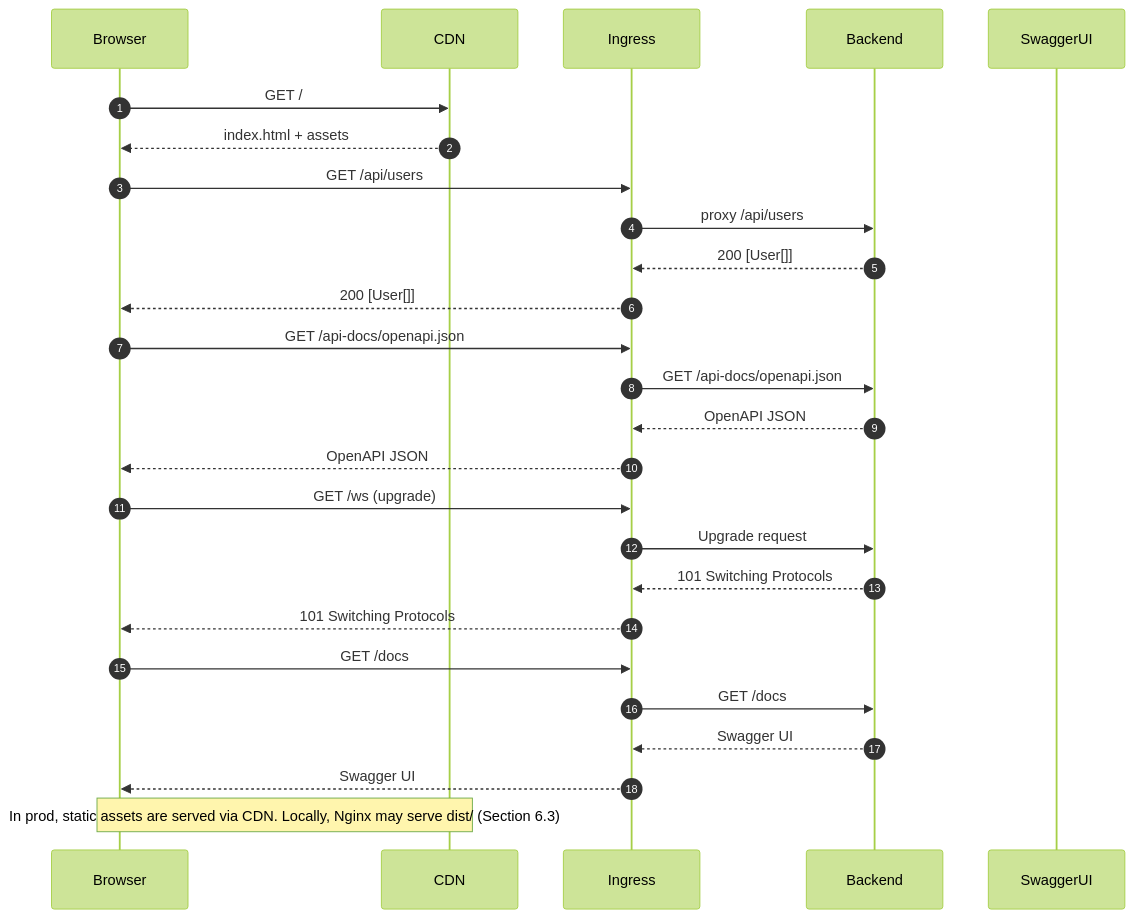
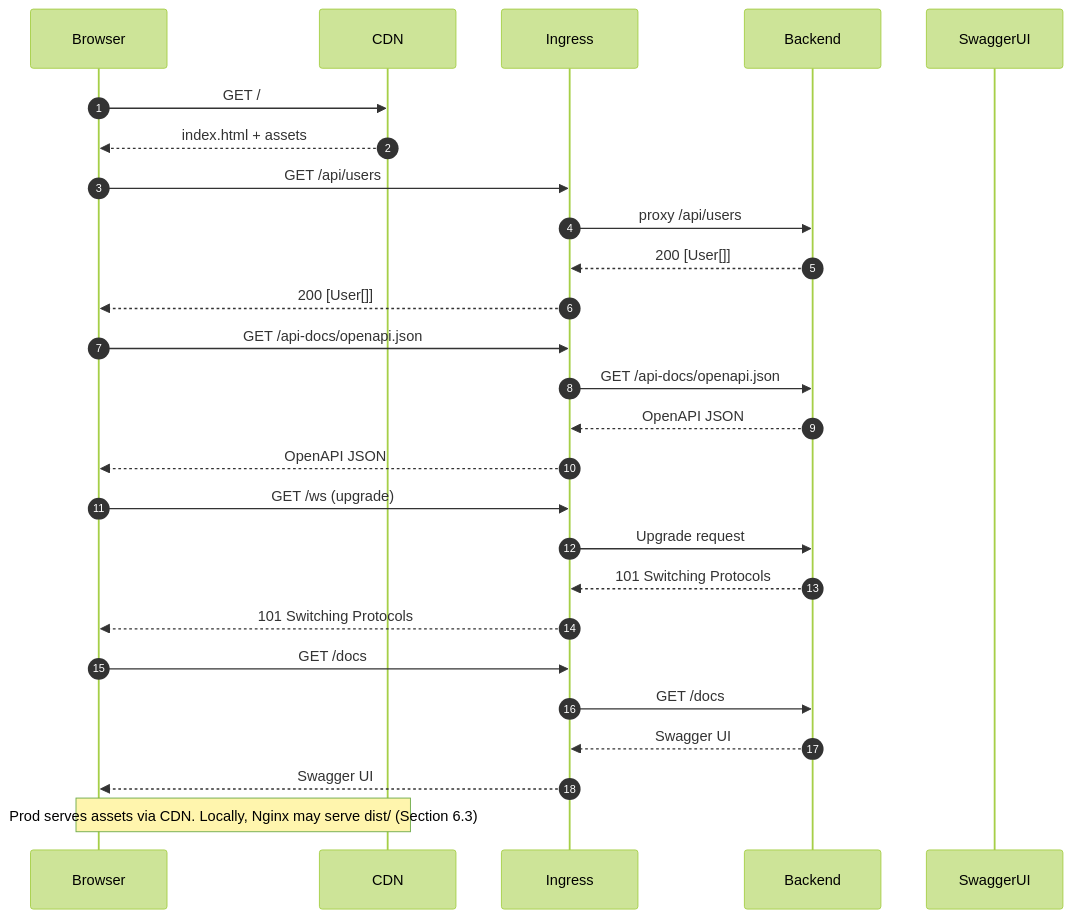
Before and after one commit to leynos/wildside: the first of 3 diagrams in docs/repository-structure.md, drawn with Mermaid (forest theme). The commit also changed other lines of this file and 2 other files, not shown here.

````diff
--- a/docs/repository-structure.md
+++ b/docs/repository-structure.md
@@ -18,34 +18,34 @@
 ```mermaid
 sequenceDiagram
   autonumber
   participant Browser
   participant CDN
   participant Ingress
   participant Backend
   participant SwaggerUI
 
   Browser->>CDN: GET /
   CDN-->>Browser: index.html + assets
 
   Browser->>Ingress: GET /api/users
   Ingress->>Backend: proxy /api/users
   Backend-->>Ingress: 200 [User[]]
   Ingress-->>Browser: 200 [User[]]
 
   Browser->>Ingress: GET /api-docs/openapi.json
   Ingress->>Backend: GET /api-docs/openapi.json
   Backend-->>Ingress: OpenAPI JSON
   Ingress-->>Browser: OpenAPI JSON
 
   Browser->>Ingress: GET /ws (upgrade)
   Ingress->>Backend: Upgrade request
   Backend-->>Ingress: 101 Switching Protocols
   Ingress-->>Browser: 101 Switching Protocols
 
   Browser->>Ingress: GET /docs
   Ingress->>Backend: GET /docs
   Backend-->>Ingress: Swagger UI
   Ingress-->>Browser: Swagger UI
 
-  Note over Browser, CDN: In prod, static assets are served via CDN. Locally, Nginx may serve dist/ (Section 6.3)
+  Note over Browser, CDN: Prod serves assets via CDN. Locally, Nginx may serve dist/ (Section 6.3)
 ```
````
